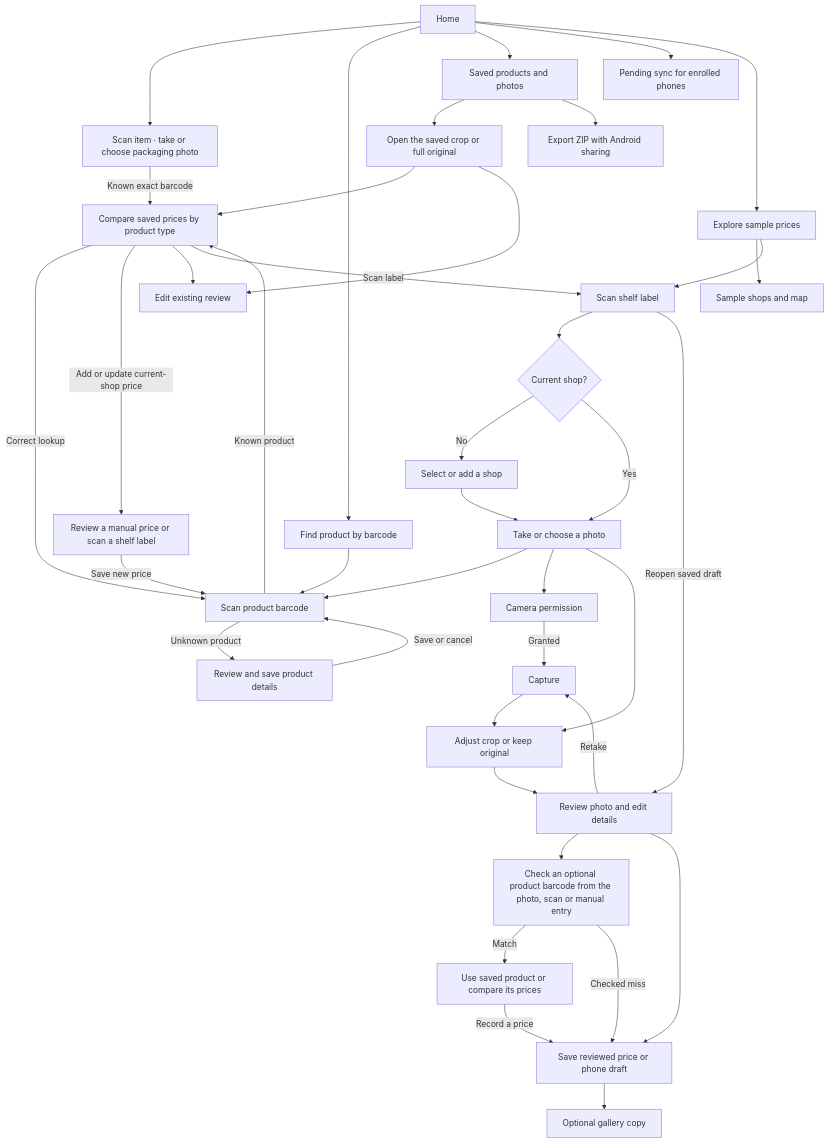
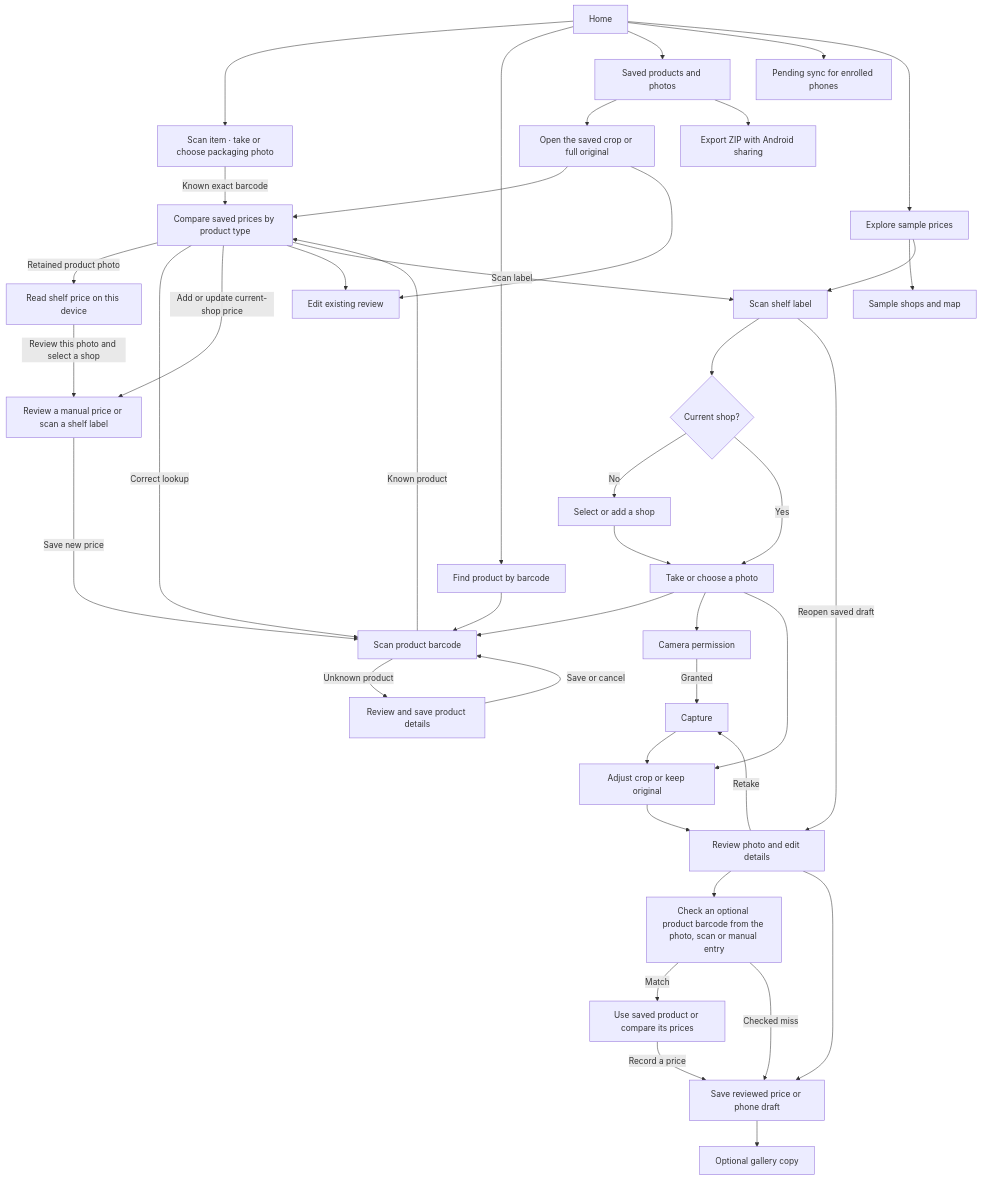
The diagram in docs/app-map.md (Maratatasan/cheapo-app), drawn with Mermaid before and after one commit. The commit also changed other lines of this file and 14 other files, not shown here.

Commit message:
Carry known product photos into shelf price review

````diff
--- a/docs/app-map.md
+++ b/docs/app-map.md
@@ -15,42 +15,44 @@
 ```mermaid
 flowchart TD
     Home --> PackagePhoto["Scan item · take or choose packaging photo"]
     PackagePhoto -->|Known exact barcode| Compare
+    Compare -->|Retained product photo| LocalShelfPrice["Read shelf price on this device"]
+    LocalShelfPrice -->|Review this photo and select a shop| PriceReview
     Home --> Lookup["Find product by barcode"]
     Lookup --> Barcode
     Scan["Scan shelf label"] --> CurrentShop{"Current shop?"}
     CurrentShop -->|No| ChooseShop["Select or add a shop"]
     ChooseShop --> Source["Take or choose a photo"]
     CurrentShop -->|Yes| Source
     Source --> Barcode["Scan product barcode"]
     Barcode -->|Known product| Compare
     Compare -->|Correct lookup| Barcode
     Compare -->|Add or update current-shop price| PriceReview["Review a manual price or scan a shelf label"]
     PriceReview -->|Save new price| Barcode
     Barcode -->|Unknown product| AddProduct["Review and save product details"]
     AddProduct -->|Save or cancel| Barcode
     Source --> Permission["Camera permission"]
     Source --> Crop
     Permission -->|Granted| Capture
     Capture --> Crop["Adjust crop or keep original"]
     Crop --> Review["Review photo and edit details"]
     Review -->|Retake| Capture
     Review --> BarcodeReview["Check an optional product barcode from the photo, scan or manual entry"]
     BarcodeReview -->|Match| Reuse["Use saved product or compare its prices"]
     Reuse -->|Record a price| Save["Save reviewed price or phone draft"]
     BarcodeReview -->|Checked miss| Save
     Review --> Save
     Save --> Gallery["Optional gallery copy"]
     Home --> Saved["Saved products and photos"]
     Home --> Pending["Pending sync for enrolled phones"]
     Saved --> SavedPhoto["Open the saved crop or full original"]
     SavedPhoto --> Compare["Compare saved prices by product type"]
     SavedPhoto --> Edit["Edit existing review"]
     Compare --> Edit
     Compare -->|Scan label| Scan
     Saved --> Export["Export ZIP with Android sharing"]
     Scan -->|Reopen saved draft| Review
     Home --> Results["Explore sample prices"]
     Results --> Shops["Sample shops and map"]
     Results --> Scan
 ```
````
